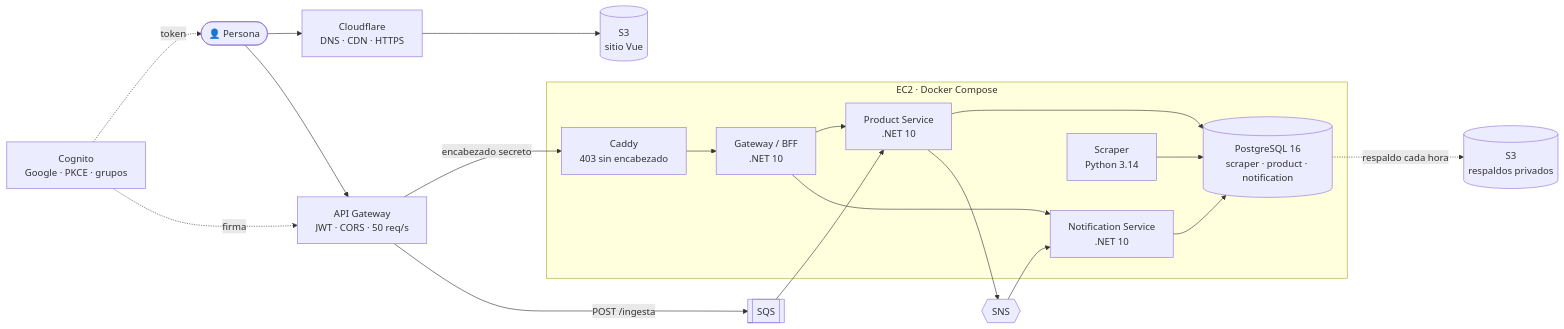
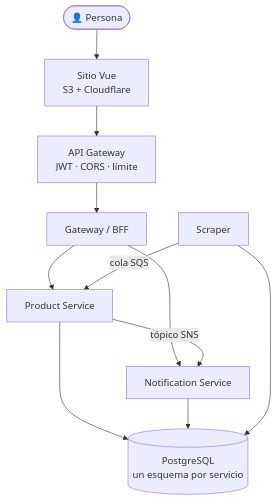
One commit to Martinnnn-ops/cacha-el-precio changed the first of 4 diagrams in README.md. Above: the diagram before and after it, drawn with Mermaid. The commit also changed other lines of this file and 1 other file, not shown here.

Commit message:
docs(readme): más corto y sin repetir; diagramas verticales y el stack plegado

````diff
--- a/README.md
+++ b/README.md
@@ -51,26 +45,20 @@
 ```mermaid
-flowchart LR
-    U(["👤 Persona"]) --> CF["Cloudflare<br/>DNS · CDN · HTTPS"]
-    CF --> S3[("S3<br/>sitio Vue")]
-    U --> APIGW["API Gateway<br/>JWT · CORS · 50 req/s"]
-    COG["Cognito<br/>Google · PKCE · grupos"] -.token.-> U
-    COG -.firma.-> APIGW
+flowchart TD
+    U(["👤 Persona"])
+    FE["Sitio Vue<br/>S3 + Cloudflare"]
+    AG["API Gateway<br/>JWT · CORS · límite"]
+    GW["Gateway / BFF"]
+    PS["Product Service"]
+    NS["Notification Service"]
+    SC["Scraper"]
+    PG[("PostgreSQL<br/>un esquema por servicio")]
 
-    subgraph EC2["EC2 · Docker Compose"]
-        CAD["Caddy<br/>403 sin encabezado"] --> GW["Gateway / BFF<br/>.NET 10"]
-        GW --> PS["Product Service<br/>.NET 10"]
-        GW --> NS["Notification Service<br/>.NET 10"]
-        SC["Scraper<br/>Python 3.14"]
-        PG[("PostgreSQL 16<br/>scraper · product · notification")]
-        PS --> PG
-        NS --> PG
-        SC --> PG
-    end
-
-    APIGW -->|"encabezado secreto"| CAD
-    APIGW -->|"POST /ingesta"| SQS[["SQS"]]
-    SQS --> PS
-    PS --> SNS{{"SNS"}}
-    SNS --> NS
-    PG -. "respaldo cada hora" .-> BK[("S3<br/>respaldos privados")]
+    U --> FE --> AG --> GW
+    GW --> PS
+    GW --> NS
+    SC -->|"cola SQS"| PS
+    PS -->|"tópico SNS"| NS
+    PS --> PG
+    NS --> PG
+    SC --> PG
 ```
````
